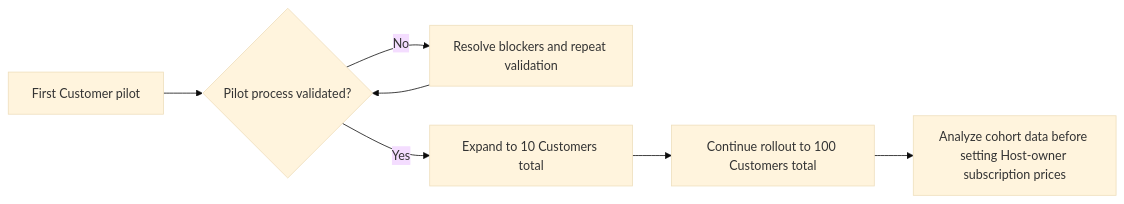
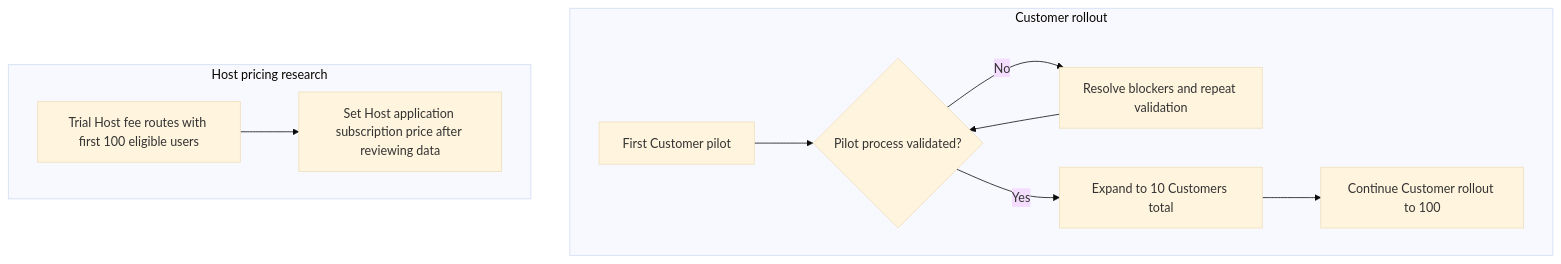
Before and after one commit to InstaAd/Engineering-Wiki: the second of 2 diagrams in Feature Documentation/Resource-Management-and-Monetization.md, drawn with Mermaid (base theme). The commit also changed other lines of this file and 4 other files, not shown here.

Commit message:
Document Host fee route alternatives

````diff
--- a/Feature Documentation/Resource-Management-and-Monetization.md
+++ b/Feature Documentation/Resource-Management-and-Monetization.md
@@ -106,9 +106,14 @@
 ```mermaid
-flowchart LR
-    A[First Customer pilot] --> B{Pilot process validated?}
-    B -->|No| C[Resolve blockers and repeat validation]
-    C --> B
-    B -->|Yes| D[Expand to 10 Customers total]
-    D --> E[Continue rollout to 100 Customers total]
-    E --> F[Analyze cohort data before setting Host-owner subscription prices]
+flowchart TD
+    subgraph Customer rollout
+        A[First Customer pilot] --> B{Pilot process validated?}
+        B -->|No| C[Resolve blockers and repeat validation]
+        C --> B
+        B -->|Yes| D[Expand to 10 Customers total]
+        D --> E[Continue Customer rollout to 100]
+    end
+    subgraph Host pricing research
+        F[Trial Host fee routes with first 100 eligible users]
+        F --> G[Set Host application subscription price after reviewing data]
+    end
 ```
````
